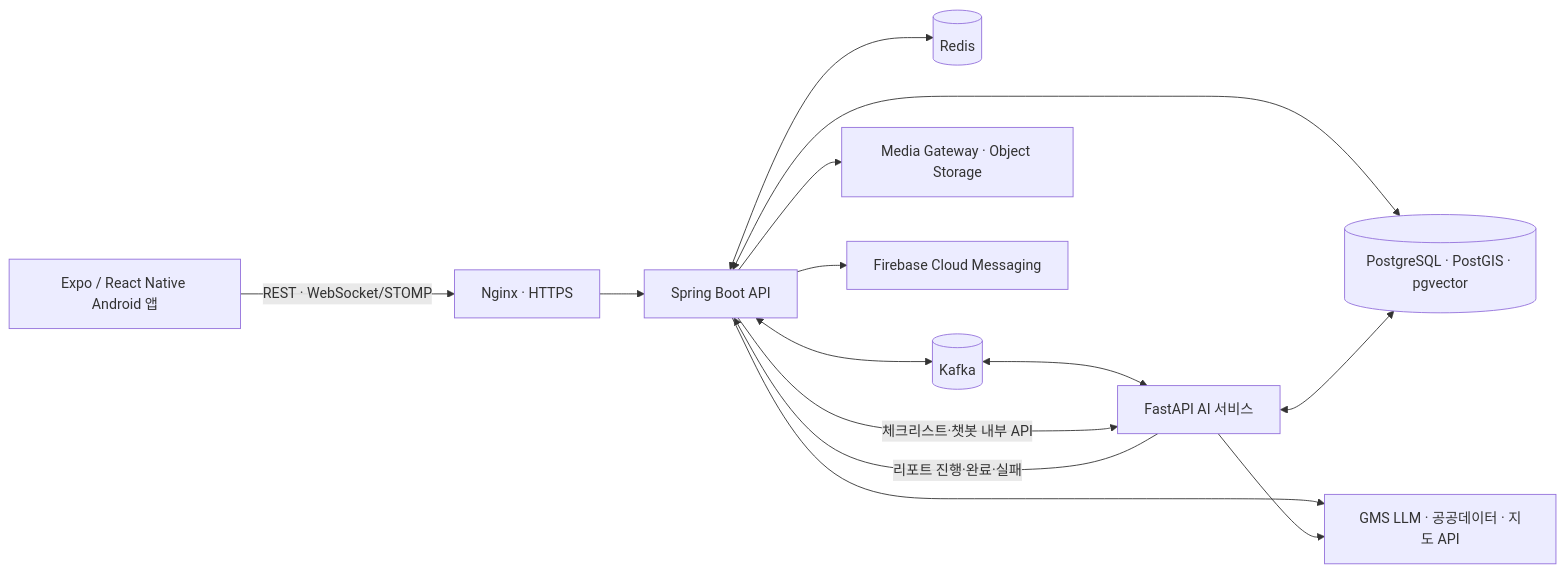
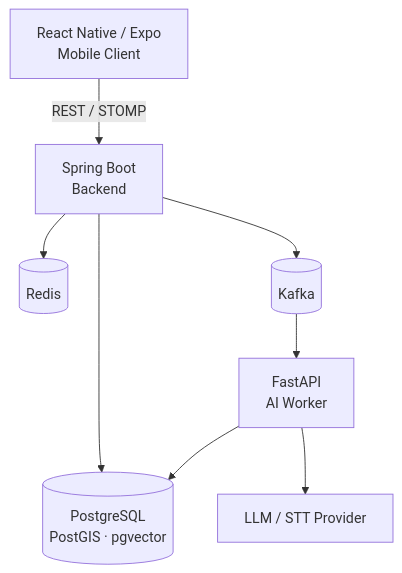
Before and after one commit to clainyun/ssabangpalbang-showcase: the second of 3 diagrams in README.md, drawn with Mermaid. The commit also changed other lines of this file, not shown here.

````diff
--- a/README.md
+++ b/README.md
@@ -77,27 +387,18 @@
 ```mermaid
-flowchart LR
-    Mobile["Expo / React Native Android 앱"]
-    Nginx["Nginx · HTTPS"]
-    Backend["Spring Boot API"]
-    AI["FastAPI AI 서비스"]
-    DB[("PostgreSQL · PostGIS · pgvector")]
-    Redis[("Redis")]
-    Kafka[("Kafka")]
-    Media["Media Gateway · Object Storage"]
-    FCM["Firebase Cloud Messaging"]
-    External["GMS LLM · 공공데이터 · 지도 API"]
+flowchart TB
+    Mobile[React Native / Expo<br/>Mobile Client]
+    Backend[Spring Boot<br/>Backend]
+    DB[(PostgreSQL<br/>PostGIS · pgvector)]
+    Redis[(Redis)]
+    Kafka[(Kafka)]
+    AI[FastAPI<br/>AI Worker]
+    LLM[LLM / STT Provider]
 
-    Mobile -->|"REST · WebSocket/STOMP"| Nginx
-    Nginx --> Backend
-    Backend <--> DB
-    Backend <--> Redis
-    Backend <--> Kafka
-    Kafka <--> AI
-    Backend -->|"체크리스트·챗봇 내부 API"| AI
-    AI -->|"리포트 진행·완료·실패"| Backend
-    AI <--> DB
-    Backend --> Media
-    Backend --> FCM
-    Backend --> External
-    AI --> External
+    Mobile -->|REST / STOMP| Backend
+    Backend --> DB
+    Backend --> Redis
+    Backend --> Kafka
+    Kafka --> AI
+    AI --> DB
+    AI --> LLM
 ```
````
